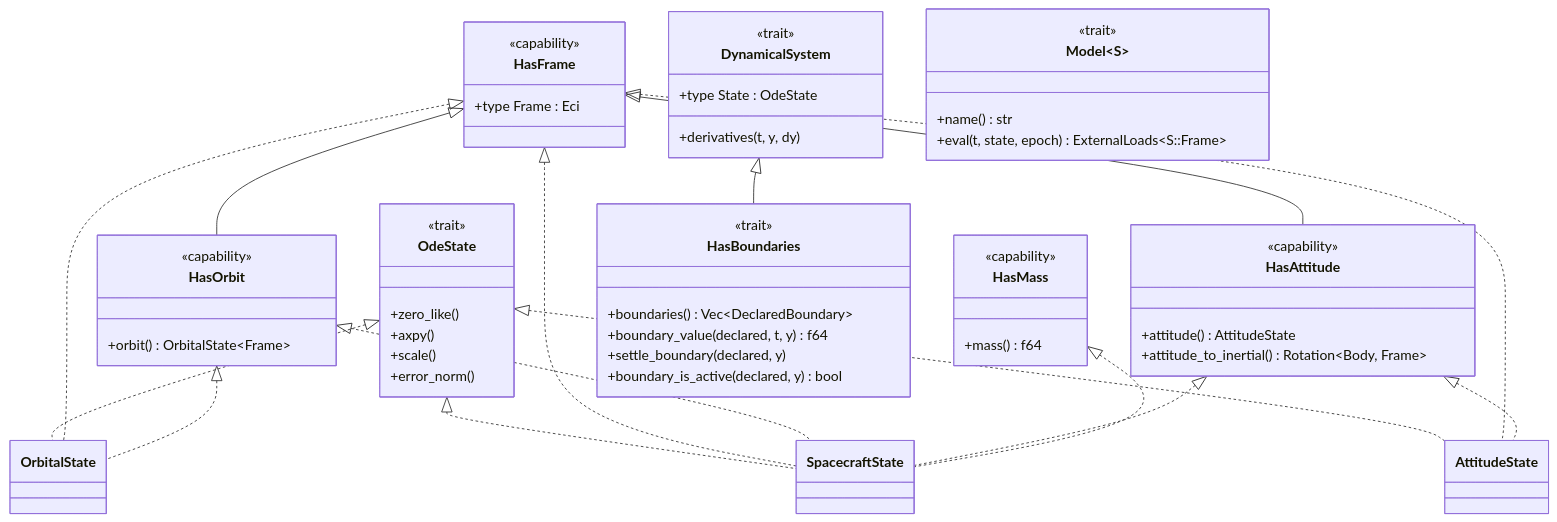
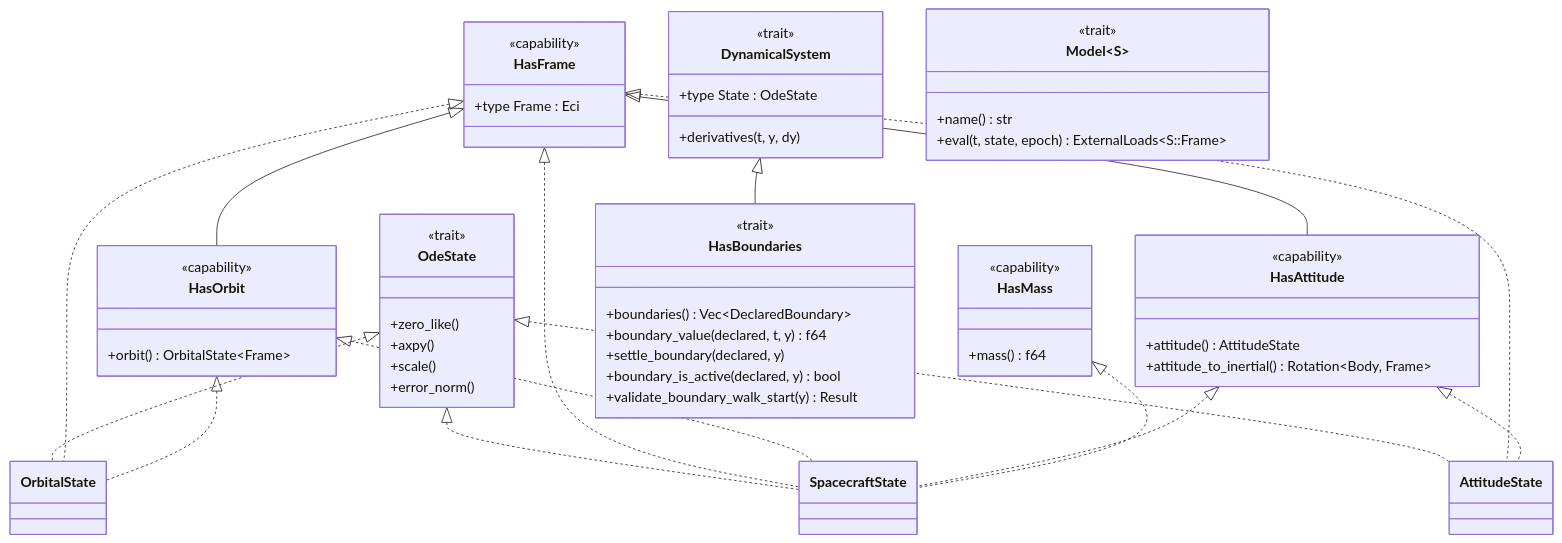
The second of 3 diagrams in ARCHITECTURE.ja.md (sksat/orts), drawn with Mermaid before and after one commit. The commit also changed other lines of this file and 3 other files, not shown here.

````diff
--- a/ARCHITECTURE.ja.md
+++ b/ARCHITECTURE.ja.md
@@ -58,65 +58,66 @@
 ```mermaid
 classDiagram
   class OdeState {
     <<trait>>
     +zero_like()
     +axpy()
     +scale()
     +error_norm()
   }
   class DynamicalSystem {
     <<trait>>
     +type State : OdeState
     +derivatives(t, y, dy)
   }
 
   class HasFrame {
     <<capability>>
     +type Frame : Eci
   }
   class HasOrbit {
     <<capability>>
     +orbit() OrbitalState~Frame~
   }
   class HasAttitude {
     <<capability>>
     +attitude() AttitudeState
     +attitude_to_inertial() Rotation~Body, Frame~
   }
   class HasMass {
     <<capability>>
     +mass() f64
   }
 
   class Model~S~ {
     <<trait>>
     +name() str
     +eval(t, state, epoch) ExternalLoads~S::Frame~
   }
 
   class HasBoundaries {
     <<trait>>
     +boundaries() Vec~DeclaredBoundary~
     +boundary_value(declared, t, y) f64
     +settle_boundary(declared, y)
     +boundary_is_active(declared, y) bool
+    +validate_boundary_walk_start(y) Result
   }
 
   OdeState <|.. OrbitalState
   OdeState <|.. AttitudeState
   OdeState <|.. SpacecraftState
 
   DynamicalSystem <|-- HasBoundaries
 
   HasFrame <|-- HasOrbit
   HasFrame <|-- HasAttitude
 
   HasFrame <|.. OrbitalState
   HasFrame <|.. AttitudeState
   HasFrame <|.. SpacecraftState
   HasOrbit <|.. OrbitalState
   HasOrbit <|.. SpacecraftState
   HasAttitude <|.. AttitudeState
   HasAttitude <|.. SpacecraftState
   HasMass <|.. SpacecraftState
 ```
````
